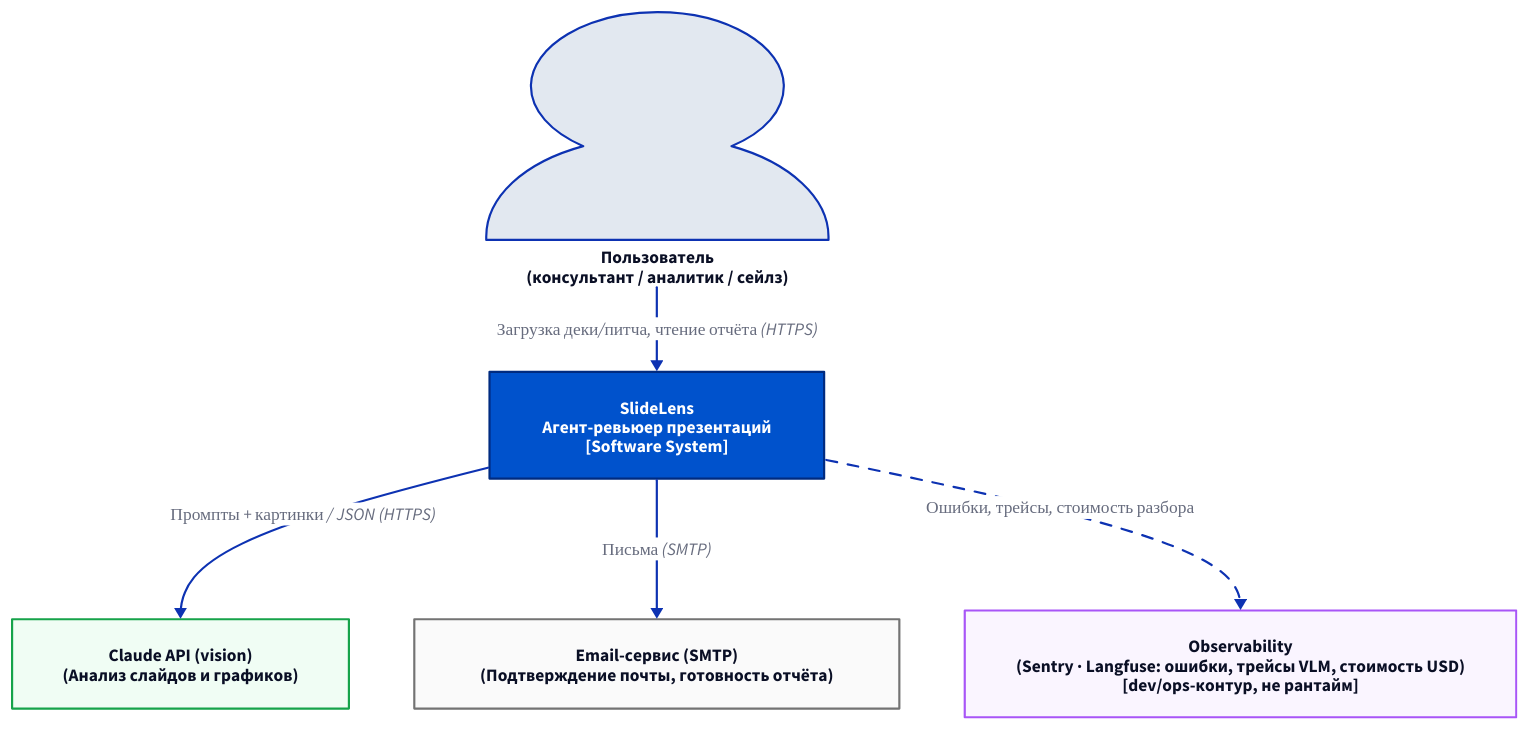
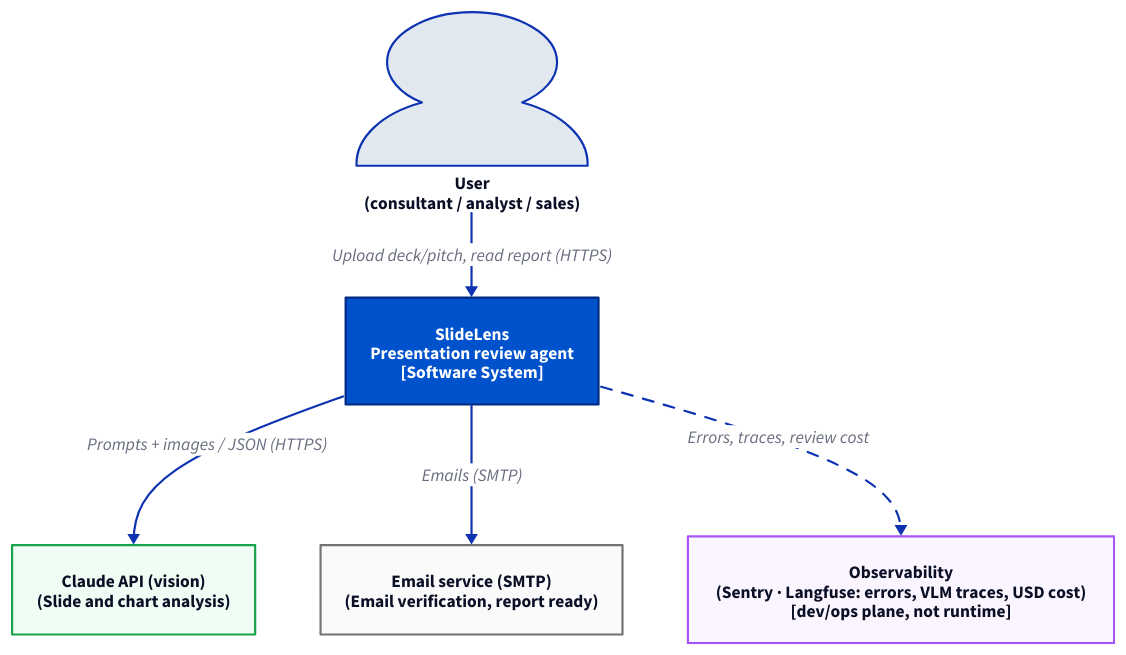
Before and after one commit to SlideLens/Achitecture: the diagram in docs/diagrams/c1_context.d2, drawn with D2. The commit also changed 24 other files, not shown here.

```diff
--- a/docs/diagrams/c1_context.d2
+++ b/docs/diagrams/c1_context.d2
@@ -1,38 +1,38 @@
 direction: down
 
 # =============================================================================
-# C1 — КОНТЕКСТ СИСТЕМЫ SlideLens
+# C1 — SYSTEM CONTEXT SlideLens
 # =============================================================================
 
-user: "Пользователь\n(консультант / аналитик / сейлз)" {
+user: "User\n(consultant / analyst / sales)" {
   shape: person
   style.fill: "#e2e8f0"
 }
 
-slidelens: "SlideLens\nАгент-ревьюер презентаций\n[Software System]" {
+slidelens: "SlideLens\nPresentation review agent\n[Software System]" {
   style.fill: "#0052cc"
   style.stroke: "#002b80"
   style.font-color: "#ffffff"
 }
 
-# --- Внешние сервисы ---
-vlm: "Claude API (vision)\n(Анализ слайдов и графиков)" {
+# --- External services ---
+vlm: "Claude API (vision)\n(Slide and chart analysis)" {
   style.fill: "#f0fdf4"
   style.stroke: "#16a34a"
 }
-email: "Email-сервис (SMTP)\n(Подтверждение почты, готовность отчёта)" {
+email: "Email service (SMTP)\n(Email verification, report ready)" {
   style.fill: "#fafafa"
   style.stroke: "#737373"
 }
-obs: "Observability\n(Sentry · Langfuse: ошибки, трейсы VLM, стоимость USD)\n[dev/ops-контур, не рантайм]" {
+obs: "Observability\n(Sentry · Langfuse: errors, VLM traces, USD cost)\n[dev/ops plane, not runtime]" {
   style.fill: "#faf5ff"
   style.stroke: "#a855f7"
 }
 
-# --- Связи ---
-user -> slidelens: "Загрузка деки/питча, чтение отчёта (HTTPS)"
-slidelens -> vlm: "Промпты + картинки / JSON (HTTPS)"
-slidelens -> email: "Письма (SMTP)"
-slidelens -> obs: "Ошибки, трейсы, стоимость разбора" {
+# --- Relationships ---
+user -> slidelens: "Upload deck/pitch, read report (HTTPS)"
+slidelens -> vlm: "Prompts + images / JSON (HTTPS)"
+slidelens -> email: "Emails (SMTP)"
+slidelens -> obs: "Errors, traces, review cost" {
   style.stroke-dash: 5
 }
```
